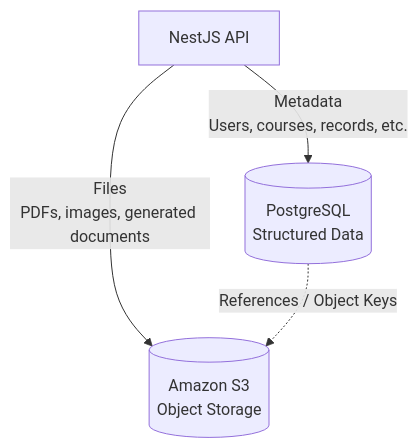
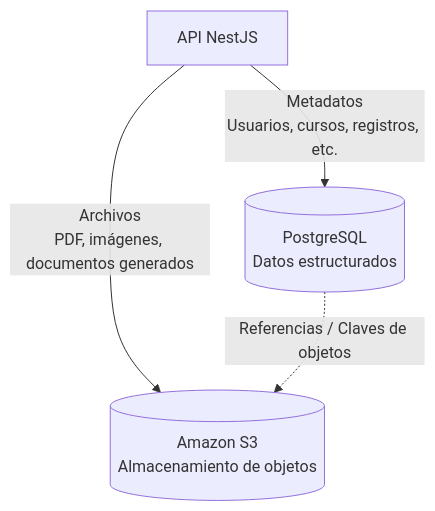
One commit to MateoCastro304/Sistema-De-Gestion-TC changed the fifth of 5 diagrams in docs/decisions/009-deploy-infrastructure.md. Above: the diagram before and after it, drawn with Mermaid. The commit also changed other lines of this file and 31 other files, not shown here.

````diff
--- a/docs/decisions/009-deploy-infrastructure.md
+++ b/docs/decisions/009-deploy-infrastructure.md
@@ -297,12 +297,12 @@
 ```mermaid
 flowchart TB
-    API["NestJS API"]
+    API["API NestJS"]
 
-    DB[("PostgreSQL<br/>Structured Data")]
-    S3[("Amazon S3<br/>Object Storage")]
+    DB[("PostgreSQL<br/>Datos estructurados")]
+    S3[("Amazon S3<br/>Almacenamiento de objetos")]
 
-    API -->|Metadata<br/>Users, courses, records, etc.| DB
-    API -->|Files<br/>PDFs, images, generated documents| S3
+    API -->|Metadatos<br/>Usuarios, cursos, registros, etc.| DB
+    API -->|Archivos<br/>PDF, imágenes, documentos generados| S3
 
-    DB -.->|"References / Object Keys"| S3
+    DB -.->|"Referencias / Claves de objetos"| S3
 ```
````
